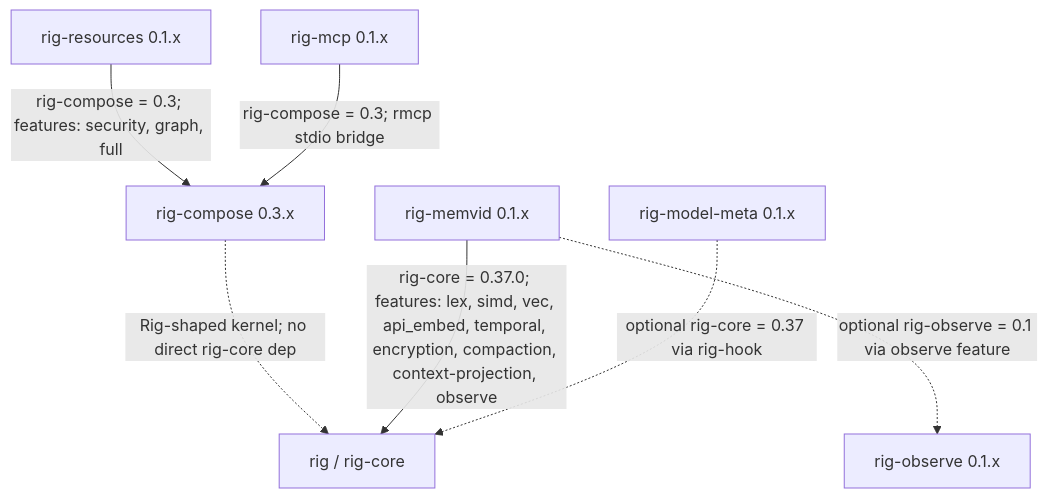
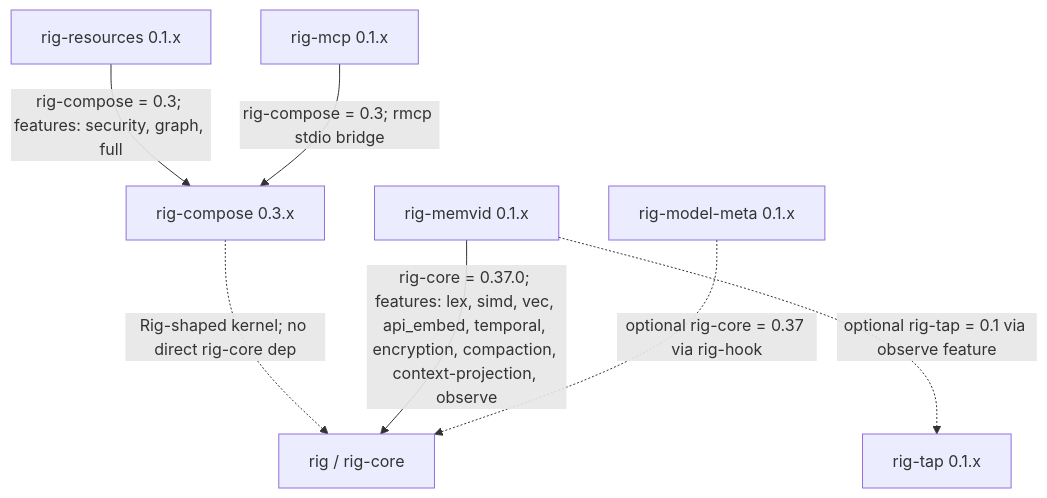
One commit to ForeverAngry/rig-memvid changed the diagram in README.md. Above: the diagram before and after it, drawn with Mermaid. The commit also changed other lines of this file and 6 other files, not shown here.

Commit message:
chore: consume rig-tap instead of rig-observe

````diff
--- a/README.md
+++ b/README.md
@@ -268,17 +268,17 @@
 ```mermaid
 flowchart TD
     rig["rig / rig-core"]
     compose["rig-compose 0.3.x"]
     resources["rig-resources 0.1.x"]
     mcp["rig-mcp 0.1.x"]
     memvid["rig-memvid 0.1.x"]
     model_meta["rig-model-meta 0.1.x"]
-    observe["rig-observe 0.1.x"]
+    observe["rig-tap 0.1.x"]
 
     compose -. "Rig-shaped kernel; no direct rig-core dep" .-> rig
     resources -- "rig-compose = 0.3; features: security, graph, full" --> compose
     mcp -- "rig-compose = 0.3; rmcp stdio bridge" --> compose
     memvid -- "rig-core = 0.37.0; features: lex, simd, vec, api_embed, temporal, encryption, compaction, context-projection, observe" --> rig
-    memvid -. "optional rig-observe = 0.1 via observe feature" .-> observe
+    memvid -. "optional rig-tap = 0.1 via observe feature" .-> observe
     model_meta -. "optional rig-core = 0.37 via rig-hook" .-> rig
 ```
````
